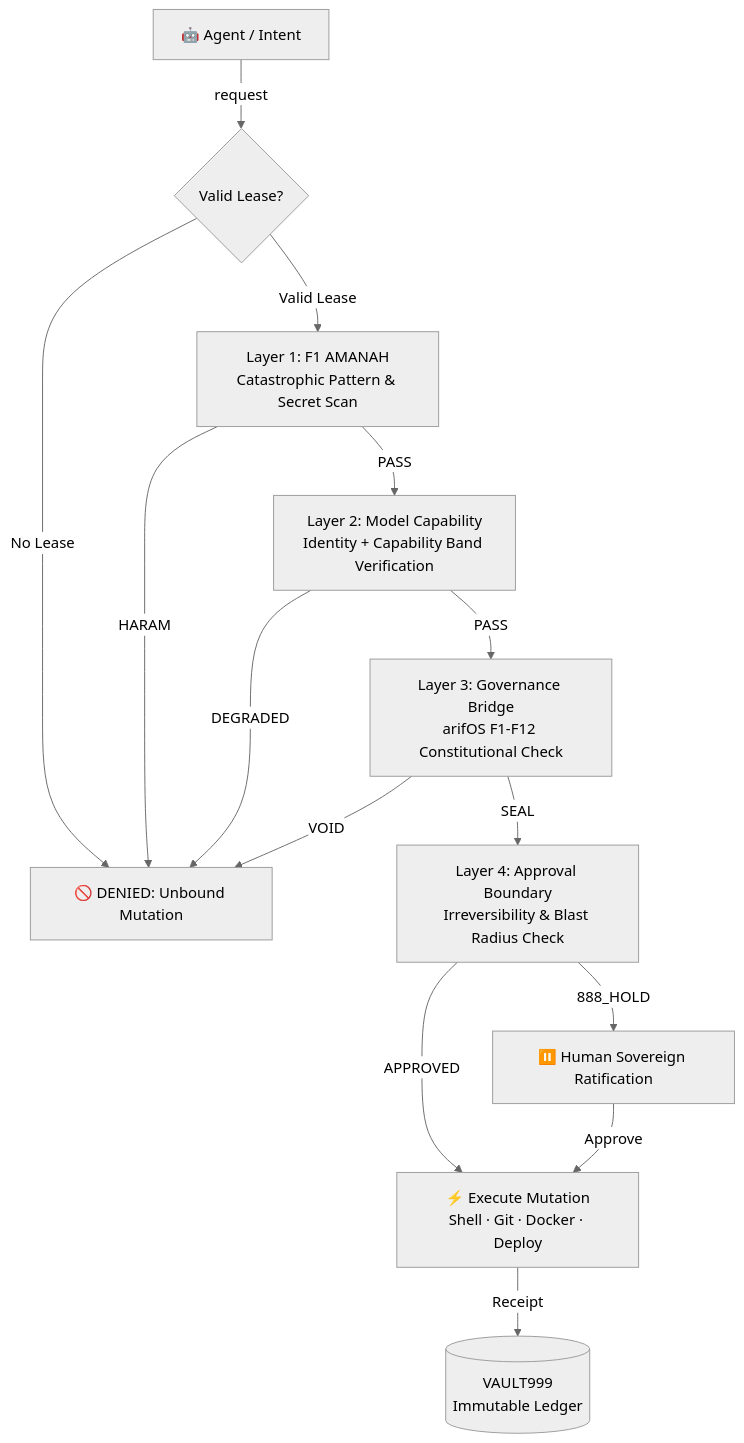
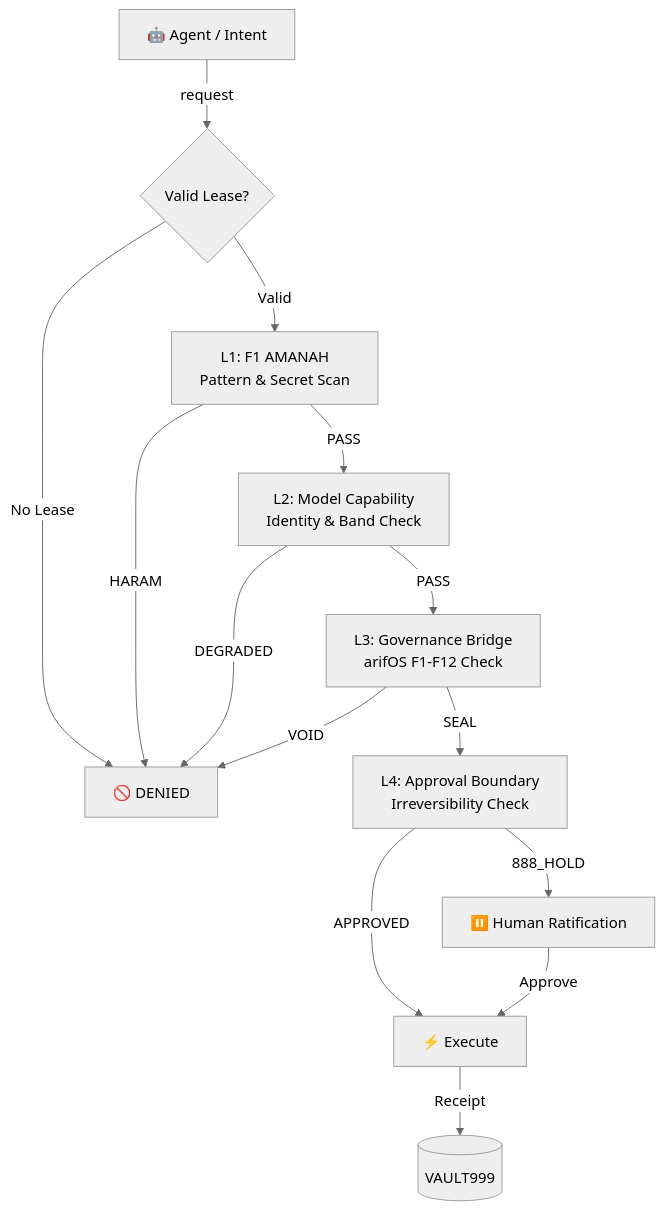
One commit to ariffazil/A-FORGE changed the diagram in README.md. Above: the diagram before and after it, drawn with Mermaid (neutral theme). The commit also changed other lines of this file, not shown here.

````diff
--- a/README.md
+++ b/README.md
@@ -35,16 +33,16 @@
 ```mermaid
 graph TB
     AGENT[🤖 Agent / Intent] -->|request| LEASE{Valid Lease?}
-    LEASE -->|No Lease| BLOCK[🚫 DENIED: Unbound Mutation]
-    LEASE -->|Valid Lease| L1[Layer 1: F1 AMANAH<br/>Catastrophic Pattern & Secret Scan]
+    LEASE -->|No Lease| BLOCK[🚫 DENIED]
+    LEASE -->|Valid| L1[L1: F1 AMANAH<br/>Pattern & Secret Scan]
     L1 -->|HARAM| BLOCK
-    L1 -->|PASS| L2[Layer 2: Model Capability<br/>Identity + Capability Band Verification]
+    L1 -->|PASS| L2[L2: Model Capability<br/>Identity & Band Check]
     L2 -->|DEGRADED| BLOCK
-    L2 -->|PASS| L3[Layer 3: Governance Bridge<br/>arifOS F1-F12 Constitutional Check]
+    L2 -->|PASS| L3[L3: Governance Bridge<br/>arifOS F1-F12 Check]
     L3 -->|VOID| BLOCK
-    L3 -->|SEAL| L4[Layer 4: Approval Boundary<br/>Irreversibility & Blast Radius Check]
-    L4 -->|888_HOLD| HOLD[⏸️ Human Sovereign Ratification]
-    L4 -->|APPROVED| EXEC[⚡ Execute Mutation<br/>Shell · Git · Docker · Deploy]
-    EXEC -->|Receipt| VAULT[(VAULT999<br/>Immutable Ledger)]
+    L3 -->|SEAL| L4[L4: Approval Boundary<br/>Irreversibility Check]
+    L4 -->|888_HOLD| HOLD[⏸️ Human Ratification]
+    L4 -->|APPROVED| EXEC[⚡ Execute]
+    EXEC -->|Receipt| VAULT[(VAULT999)]
     HOLD -->|Approve| EXEC
 ```
````
